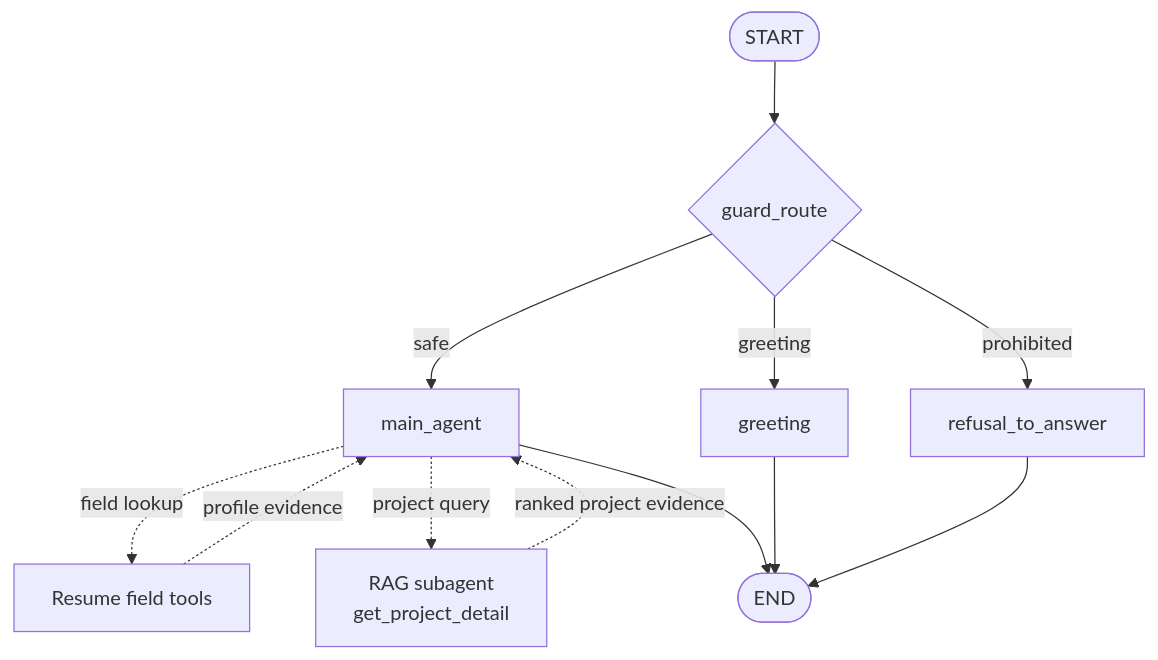
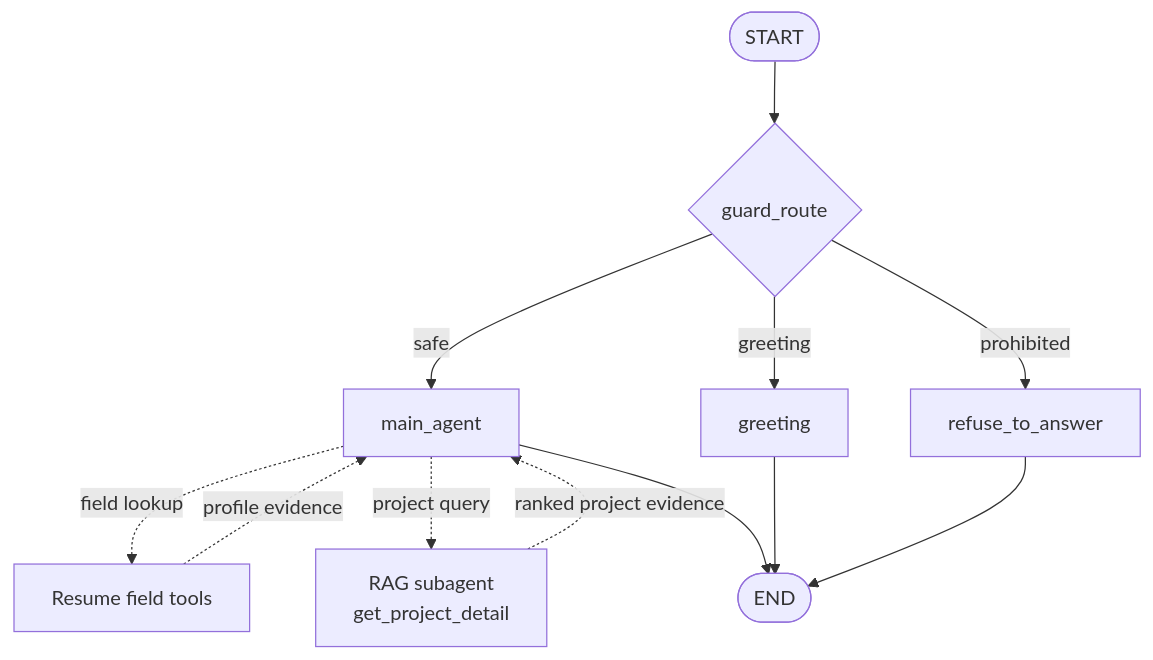
One commit to wcfbrian/Interview-Me-Assistant changed the diagram in README.md. Above: the diagram before and after it, drawn with Mermaid. The commit also changed other lines of this file and 5 other files, not shown here.

Commit message:
feat: implement main agent and graph structure for interview responses

````diff
--- a/README.md
+++ b/README.md
@@ -63,14 +63,14 @@
 ```mermaid
 flowchart TD
   Start([START]) --> Guard{guard_route}
   Guard -->|safe| Main[main_agent]
   Guard -->|greeting| Greeting[greeting]
-  Guard -->|prohibited| Refusal[refusal_to_answer]
+  Guard -->|prohibited| Refusal[refuse_to_answer]
   Main -.->|field lookup| Resume[Resume field tools]
   Main -.->|project query| Project[  RAG subagent \n get_project_detail]
   Resume -.->|profile evidence| Main
   Project -.->|ranked project evidence| Main
   Main --> End([END])
   Greeting --> End
   Refusal --> End
 ```
````
